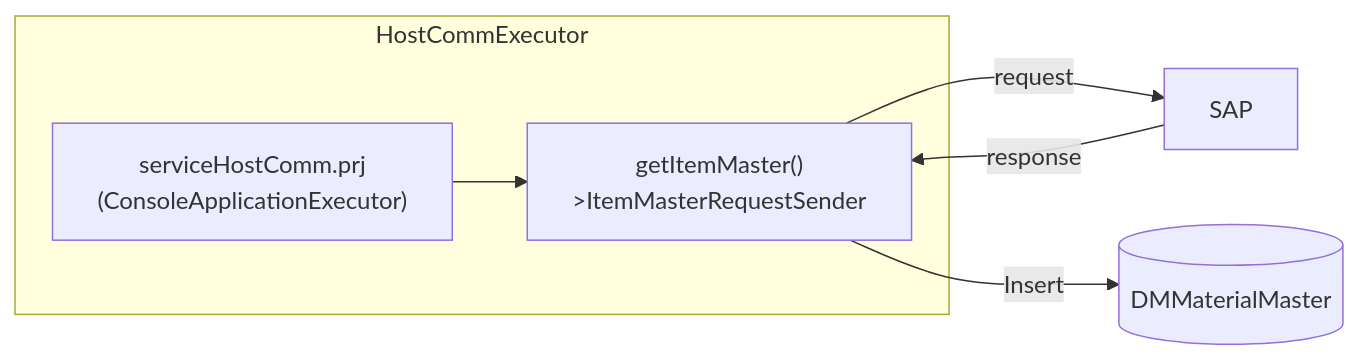
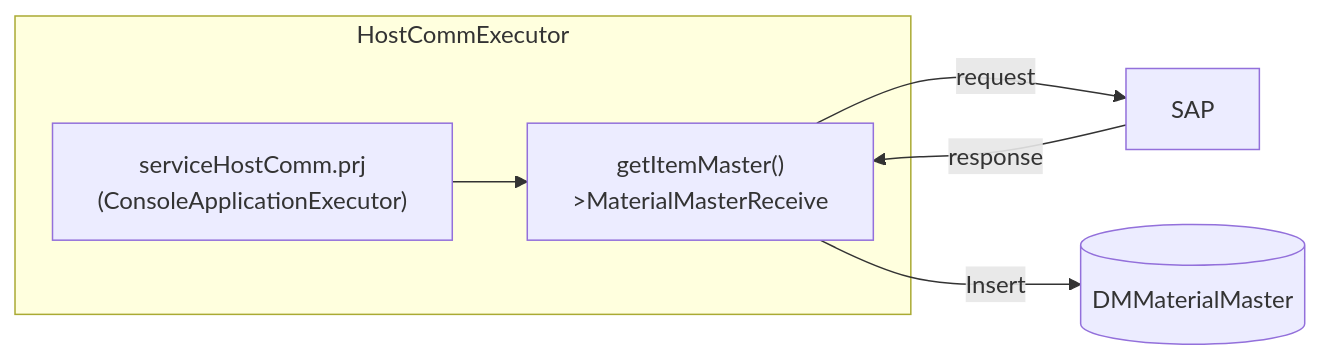
One commit to luthfiadityaa/SimeDarby-Wiki changed the diagram in Basic-Design/Host-Interfaces/Material-Master-Data.md. Above: the diagram before and after it, drawn with Mermaid.

Commit message:
Updated Material Master Data

```diff
--- a/Basic-Design/Host-Interfaces/Material-Master-Data.md
+++ b/Basic-Design/Host-Interfaces/Material-Master-Data.md
@@ -11,11 +11,11 @@
 ::: mermaid
 flowchart LR
 item[("DMMaterialMaster")]
 serviceHostComm-->periodicItemMaster--request-->SAP
 SAP--response-->periodicItemMaster
 periodicItemMaster--Insert-->item
 subgraph HostCommExecutor
 serviceHostComm["serviceHostComm.prj\n(ConsoleApplicationExecutor)"]
-periodicItemMaster["getItemMaster()\n>ItemMasterRequestSender"]
+periodicItemMaster["getItemMaster()\n>MaterialMasterReceive"]
 end
 :::
```
